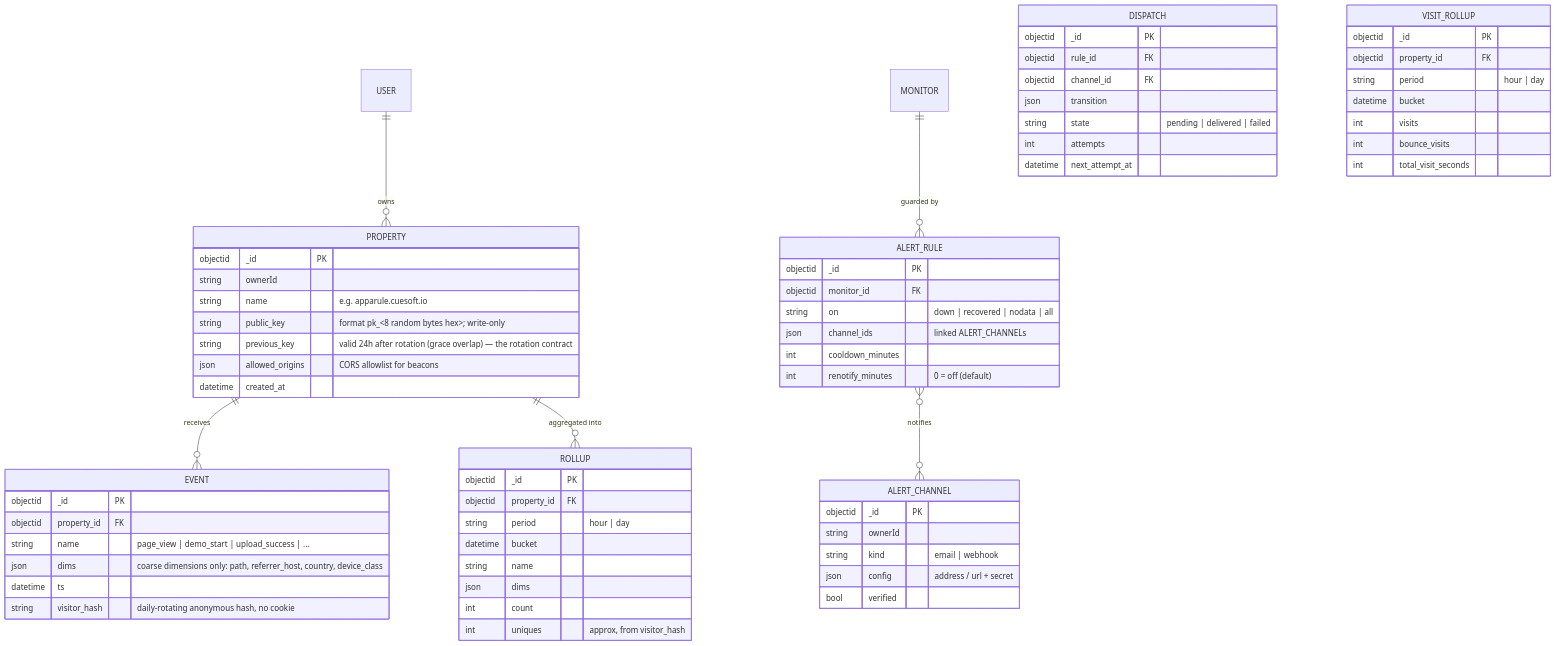
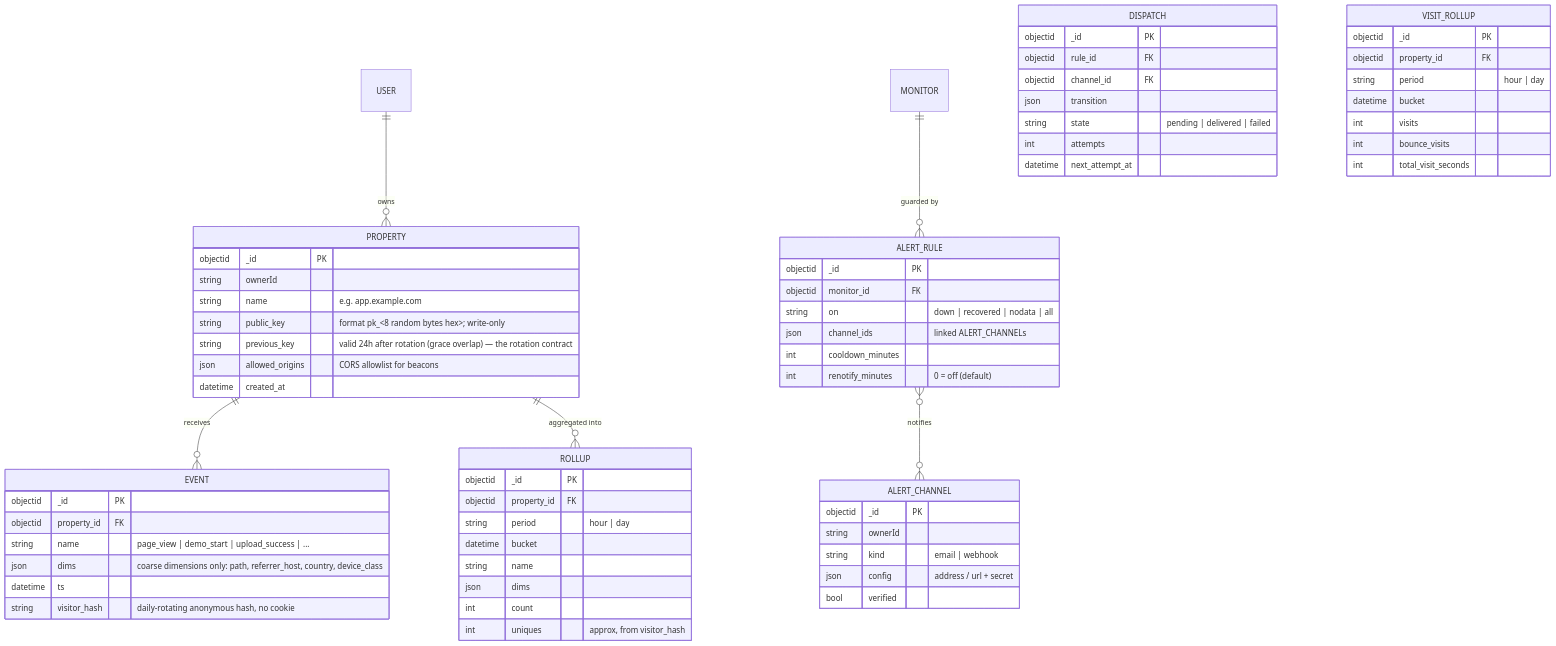
One commit to cuesoftinc/upstat changed the second of 3 diagrams in docs/data-model.md. Above: the diagram before and after it, drawn with Mermaid. The commit also changed other lines of this file and 17 other files, not shown here.

````diff
--- a/docs/data-model.md
+++ b/docs/data-model.md
@@ -78,69 +78,69 @@
 ```mermaid
 erDiagram
     USER ||--o{ PROPERTY : owns
     PROPERTY ||--o{ EVENT : receives
     PROPERTY ||--o{ ROLLUP : "aggregated into"
     MONITOR ||--o{ ALERT_RULE : "guarded by"
     ALERT_RULE }o--o{ ALERT_CHANNEL : notifies
 
     PROPERTY {
         objectid _id PK
         string ownerId
-        string name "e.g. apparule.cuesoft.io"
+        string name "e.g. app.example.com"
         string public_key "format pk_<8 random bytes hex>; write-only"
         string previous_key "valid 24h after rotation (grace overlap) — the rotation contract"
         json allowed_origins "CORS allowlist for beacons"
         datetime created_at
     }
     EVENT {
         objectid _id PK
         objectid property_id FK
         string name "page_view | demo_start | upload_success | ..."
         json dims "coarse dimensions only: path, referrer_host, country, device_class"
         datetime ts
         string visitor_hash "daily-rotating anonymous hash, no cookie"
     }
     ROLLUP {
         objectid _id PK
         objectid property_id FK
         string period "hour | day"
         datetime bucket
         string name
         json dims
         int count
         int uniques "approx, from visitor_hash"
     }
     ALERT_RULE {
         objectid _id PK
         objectid monitor_id FK
         string on "down | recovered | nodata | all"
         json channel_ids "linked ALERT_CHANNELs"
         int cooldown_minutes
         int renotify_minutes "0 = off (default)"
     }
     DISPATCH {
         objectid _id PK
         objectid rule_id FK
         objectid channel_id FK
         json transition
         string state "pending | delivered | failed"
         int attempts
         datetime next_attempt_at
     }
     VISIT_ROLLUP {
         objectid _id PK
         objectid property_id FK
         string period "hour | day"
         datetime bucket
         int visits
         int bounce_visits
         int total_visit_seconds
     }
     ALERT_CHANNEL {
         objectid _id PK
         string ownerId
         string kind "email | webhook"
         json config "address / url + secret"
         bool verified
     }
 ```
````
